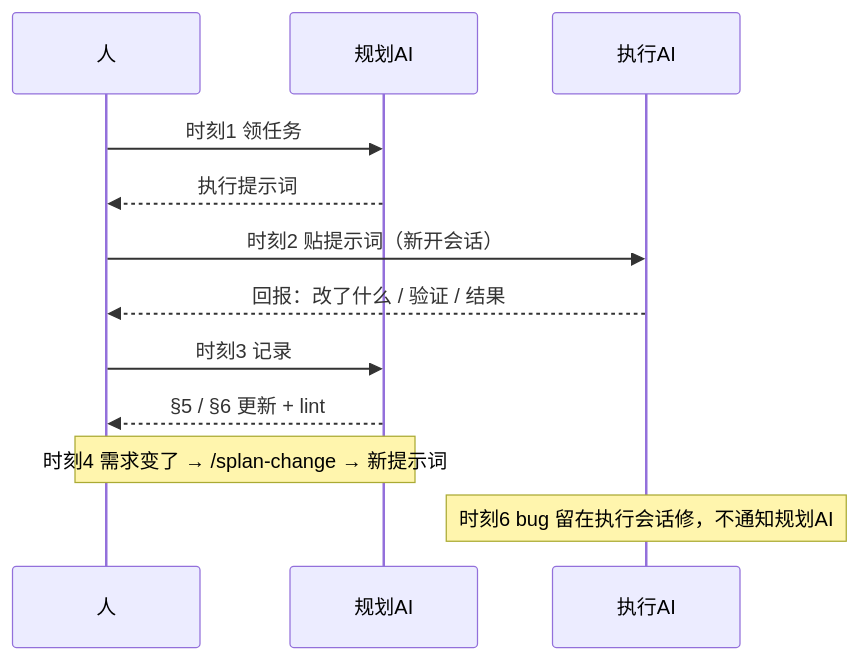
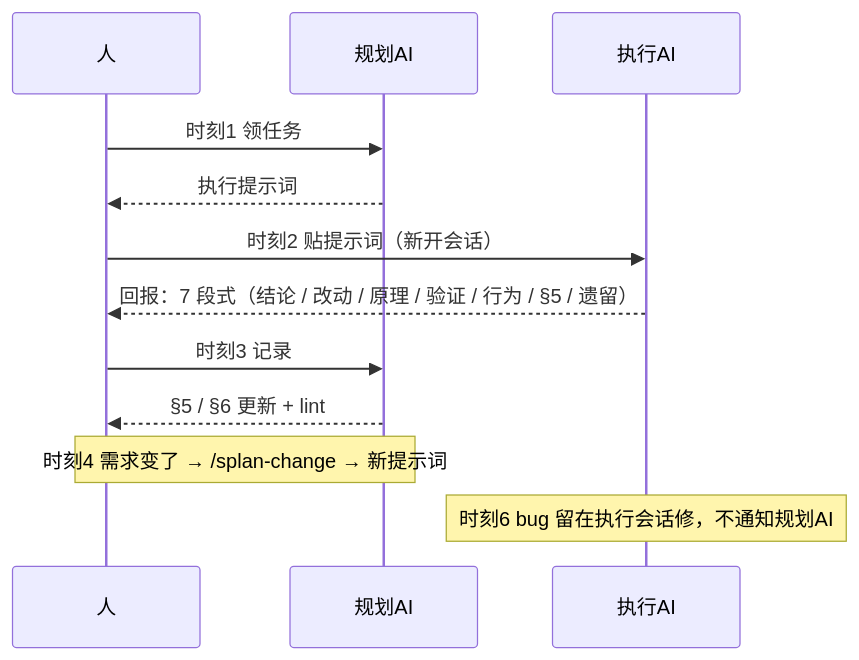
One commit to Siaiai/SIA-AI changed the second of 2 diagrams in SKILLS/splan/references/sop.md. Above: the diagram before and after it, drawn with Mermaid. The commit also changed other lines of this file and 5 other files, not shown here.

````diff
--- a/SKILLS/splan/references/sop.md
+++ b/SKILLS/splan/references/sop.md
@@ -381,14 +383,14 @@
 ```mermaid
 sequenceDiagram
     participant 人
     participant P as 规划AI
     participant E as 执行AI
     人->>P: 时刻1 领任务
     P-->>人: 执行提示词
     人->>E: 时刻2 贴提示词（新开会话）
-    E-->>人: 回报：改了什么 / 验证 / 结果
+    E-->>人: 回报：7 段式（结论 / 改动 / 原理 / 验证 / 行为 / §5 / 遗留）
     人->>P: 时刻3 记录
     P-->>人: §5 / §6 更新 + lint
     Note over 人,P: 时刻4 需求变了 → /splan-change → 新提示词
     Note over E: 时刻6 bug 留在执行会话修，不通知规划AI
 ```
````
